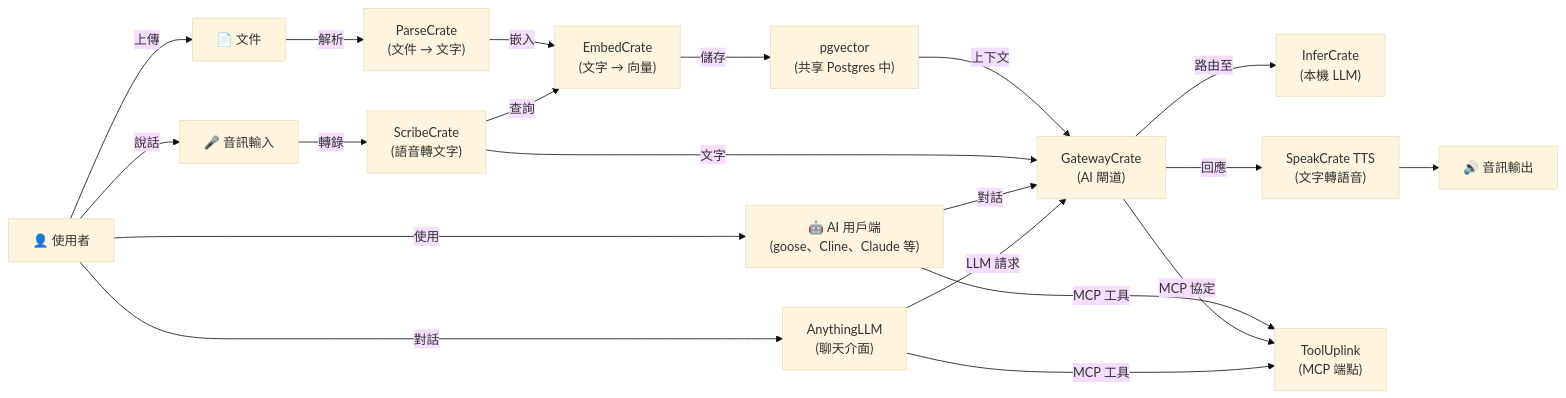
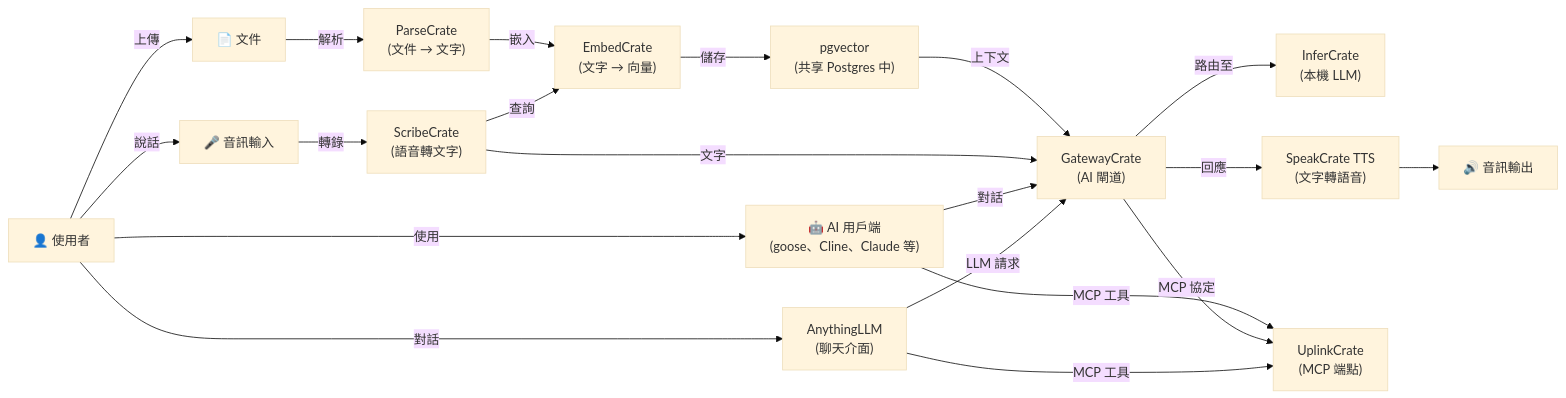
The diagram in README-zh-Hant.md (hwdsl2/self-hosted-ai-stack), drawn with Mermaid (base theme) before and after one commit. The commit also changed other lines of this file and 22 other files, not shown here.

````diff
--- a/README-zh-Hant.md
+++ b/README-zh-Hant.md
@@ -188,22 +188,22 @@
 ```mermaid
 graph LR
     A["🎤 音訊輸入"] -->|轉錄| W["ScribeCrate<br/>(語音轉文字)"]
     D["📄 文件"] -->|解析| DC["ParseCrate<br/>(文件 → 文字)"]
     DC -->|嵌入| E["EmbedCrate<br/>(文字 → 向量)"]
     E -->|儲存| VDB["pgvector<br/>(共享 Postgres 中)"]
     W -->|查詢| E
     VDB -->|上下文| L["GatewayCrate<br/>(AI 閘道)"]
     W -->|文字| L
     L -->|路由至| O["InferCrate<br/>(本機 LLM)"]
     L -->|回應| T["SpeakCrate TTS<br/>(文字轉語音)"]
     T --> B["🔊 音訊輸出"]
-    C["🤖 AI 用戶端<br/>(goose、Cline、Claude 等)"] -->|MCP 工具| M["ToolUplink<br/>(MCP 端點)"]
+    C["🤖 AI 用戶端<br/>(goose、Cline、Claude 等)"] -->|MCP 工具| M["UplinkCrate<br/>(MCP 端點)"]
     C -->|對話| L
     L -->|MCP 協定| M
     U["👤 使用者"] -->|對話| AN["AnythingLLM<br/>(聊天介面)"]
     AN -->|LLM 請求| L
     AN -->|MCP 工具| M
     U -->|使用| C
     U -->|說話| A
     U -->|上傳| D
 ```
````
